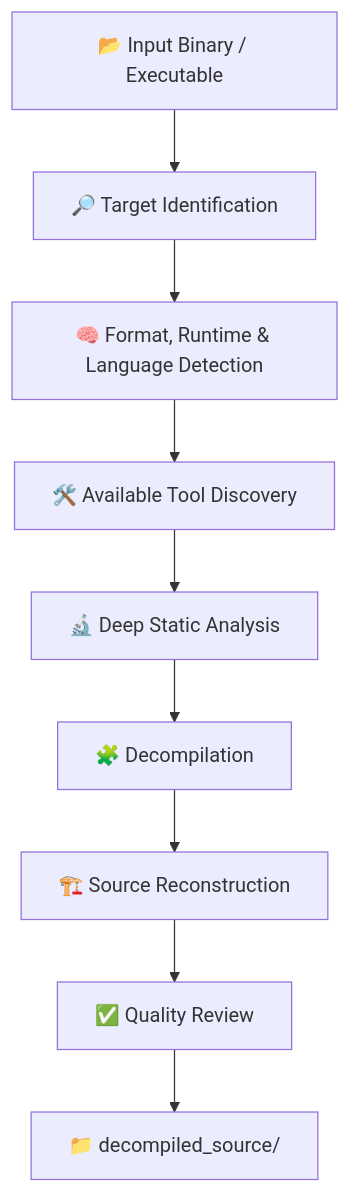
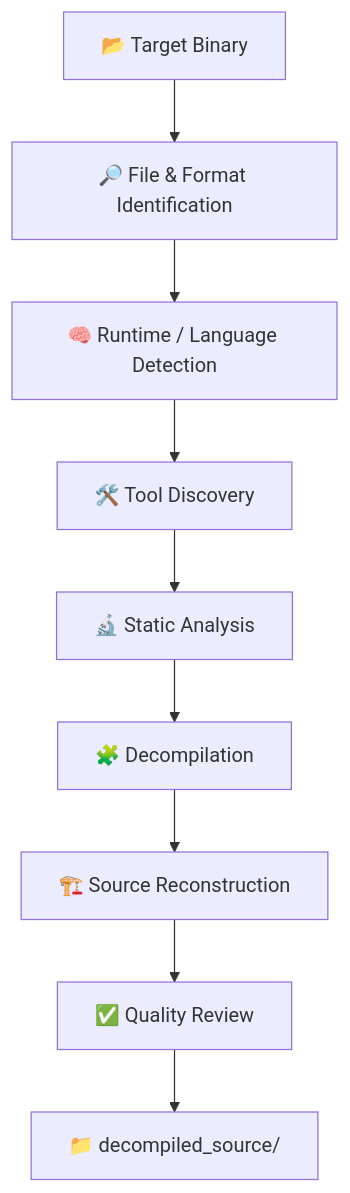
Before and after one commit to t8n4/reverser-skill: the diagram in README.md, drawn with Mermaid. The commit also changed other lines of this file, not shown here.

````diff
--- a/README.md
+++ b/README.md
@@ -236,11 +273,11 @@
 ```mermaid
 flowchart TD
-    A["📂 Input Binary / Executable"] --> B["🔎 Target Identification"]
-    B --> C["🧠 Format, Runtime & Language Detection"]
-    C --> D["🛠️ Available Tool Discovery"]
-    D --> E["🔬 Deep Static Analysis"]
+    A["📂 Target Binary"] --> B["🔎 File & Format Identification"]
+    B --> C["🧠 Runtime / Language Detection"]
+    C --> D["🛠️ Tool Discovery"]
+    D --> E["🔬 Static Analysis"]
     E --> F["🧩 Decompilation"]
     F --> G["🏗️ Source Reconstruction"]
     G --> H["✅ Quality Review"]
     H --> I["📁 decompiled_source/"]
 ```
````
